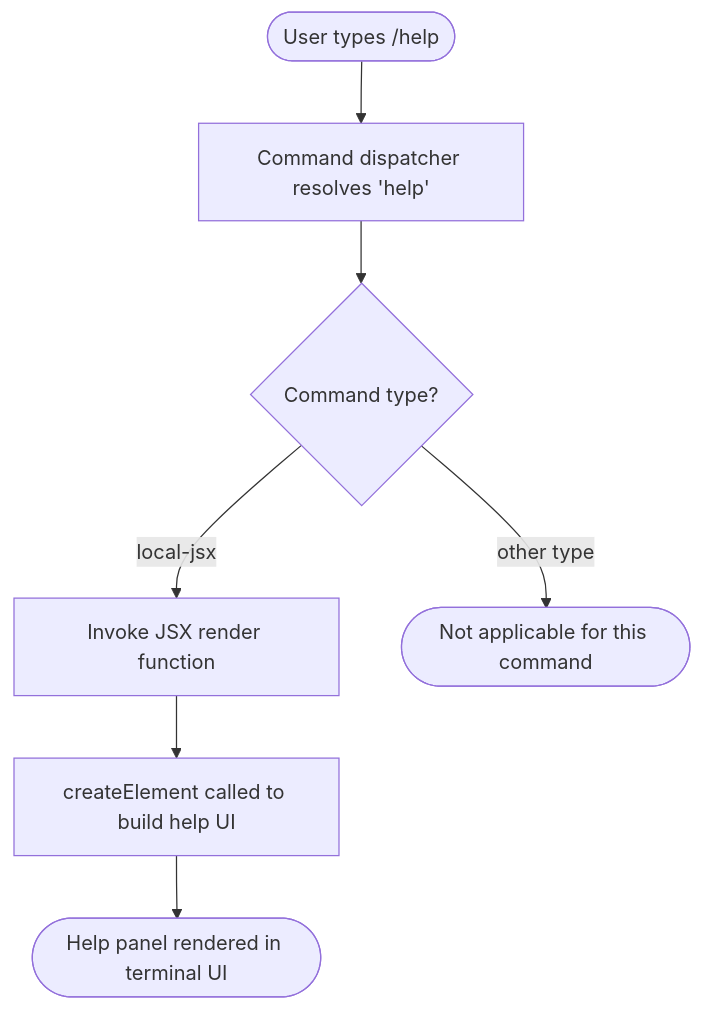
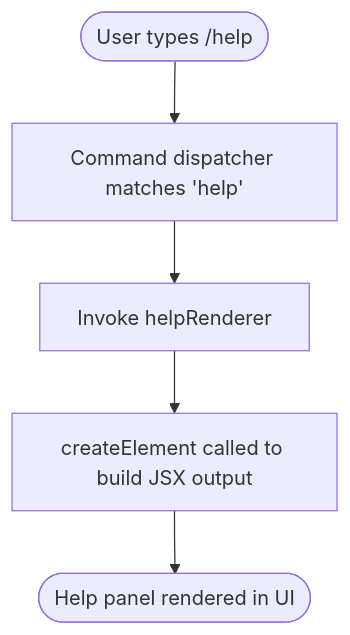
The diagram in versions/v2.1.143/help.md (MyLittleLuckyDog/cc-gnothi), drawn with Mermaid before and after one commit. The commit also changed other lines of this file and 87 other files, not shown here.

````diff
--- a/versions/v2.1.143/help.md
+++ b/versions/v2.1.143/help.md
@@ -45,9 +46,7 @@
 ```mermaid
 flowchart TD
-    A([User types /help]) --> B[Command dispatcher resolves 'help']
-    B --> C{Command type?}
-    C -- local-jsx --> D[Invoke JSX render function]
-    D --> E[createElement called to build help UI]
-    E --> F([Help panel rendered in terminal UI])
-    C -- other type --> G([Not applicable for this command])
+    A([User types /help]) --> B[Command dispatcher matches 'help']
+    B --> C[Invoke helpRenderer]
+    C --> D[createElement called to build JSX output]
+    D --> E([Help panel rendered in UI])
 ```
````
